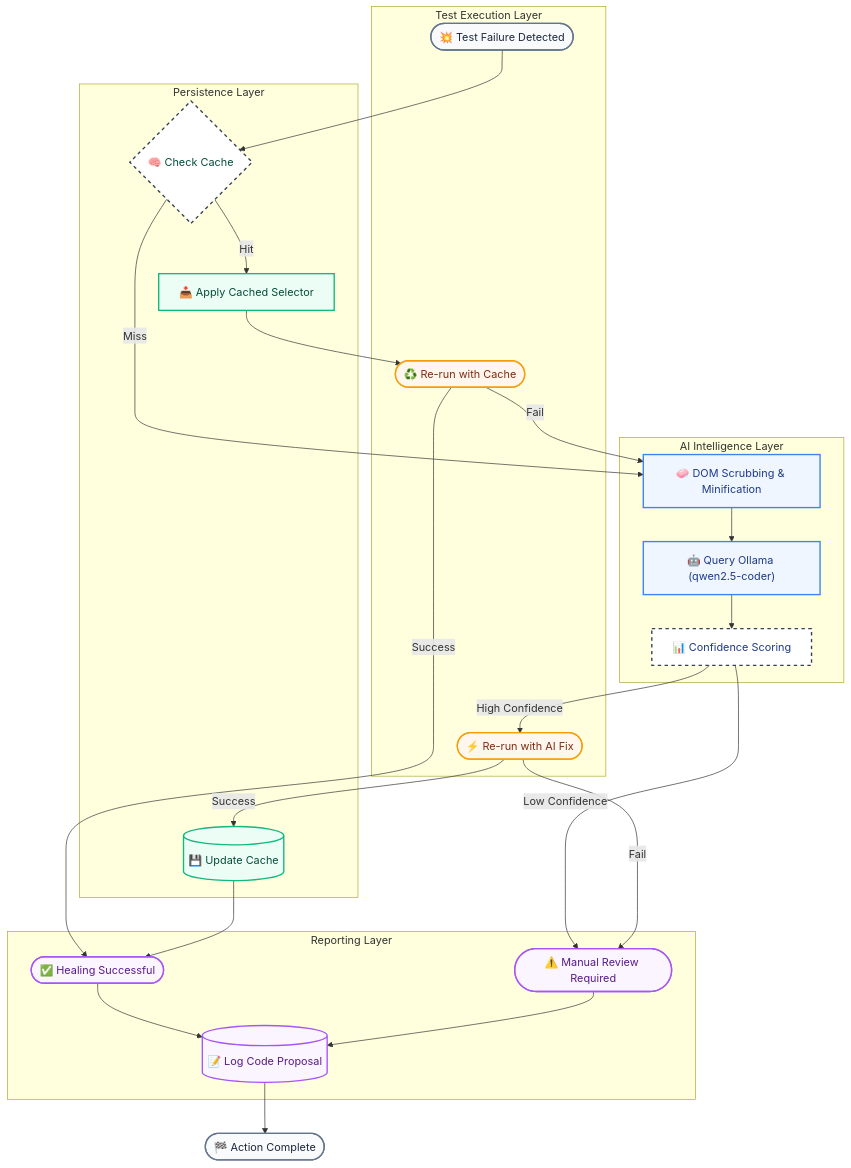
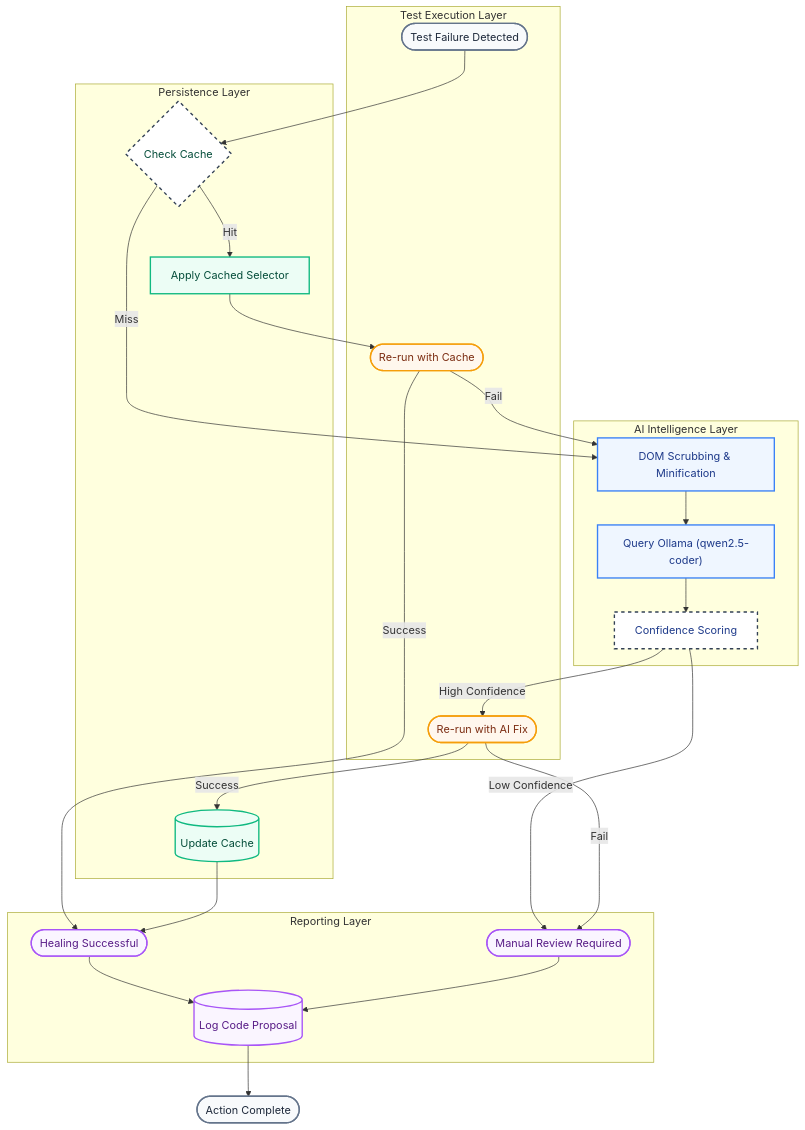
The diagram in README.md (kunaal-ai/healix), drawn with Mermaid before and after one commit. The commit also changed other lines of this file and 2 other files, not shown here.

Commit message:
docs: clean up README, remove emojis, update install instructions - v0.1.2

````diff
--- a/README.md
+++ b/README.md
@@ -25,67 +25,67 @@
 ```mermaid
 flowchart TD
     subgraph Execution["Test Execution Layer"]
-        Start(["💥 Test Failure Detected"])
-        RetryCache(["♻️ Re-run with Cache"])
-        RetryAI(["⚡ Re-run with AI Fix"])
+        Start(["Test Failure Detected"])
+        RetryCache(["Re-run with Cache"])
+        RetryAI(["Re-run with AI Fix"])
     end
 
     subgraph Persistence["Persistence Layer"]
-        CheckCache{"🧠 Check Cache"}
-        ApplyCache["📥 Apply Cached Selector"]
-        UpdateCache[("💾 Update Cache")]
+        CheckCache{"Check Cache"}
+        ApplyCache["Apply Cached Selector"]
+        UpdateCache[("Update Cache")]
     end
 
     subgraph Intelligence["AI Intelligence Layer"]
-        CleanDOM["🧼 DOM Scrubbing & Minification"]
-        AskOllama["🤖 Query Ollama (qwen2.5-coder)"]
-        Analyze["📊 Confidence Scoring"]
+        CleanDOM["DOM Scrubbing & Minification"]
+        AskOllama["Query Ollama (qwen2.5-coder)"]
+        Analyze["Confidence Scoring"]
     end
 
     subgraph Feedback["Reporting Layer"]
-        Success(["✅ Healing Successful"])
-        Manual(["⚠️ Manual Review Required"])
-        Proposal[("📝 Log Code Proposal")]
+        Success(["Healing Successful"])
+        Manual(["Manual Review Required"])
+        Proposal[("Log Code Proposal")]
     end
 
     %% Flow Logic
     Start --> CheckCache
     
     CheckCache -- "Hit" --> ApplyCache
     ApplyCache --> RetryCache
     
     CheckCache -- "Miss" --> CleanDOM
     
     RetryCache -- "Success" --> Success
     RetryCache -- "Fail" --> CleanDOM
     
     CleanDOM --> AskOllama
     AskOllama --> Analyze
     
     Analyze -- "High Confidence" --> RetryAI
     Analyze -- "Low Confidence" --> Manual
     
     RetryAI -- "Success" --> UpdateCache
     UpdateCache --> Success
     
     RetryAI -- "Fail" --> Manual
     
     Success --> Proposal
     Manual --> Proposal
-    Proposal --> End(["🏁 Action Complete"])
+    Proposal --> End(["Action Complete"])
 
     %% Premium Styling
     classDef startEnd fill:#f8fafc,stroke:#64748b,stroke-width:2px,color:#1e293b
     classDef intelligence fill:#eff6ff,stroke:#3b82f6,stroke-width:2px,color:#1e3a8a
     classDef persistence fill:#ecfdf5,stroke:#10b981,stroke-width:2px,color:#064e3b
     classDef execution fill:#fff7ed,stroke:#f59e0b,stroke-width:2px,color:#7c2d12
     classDef feedback fill:#faf5ff,stroke:#a855f7,stroke-width:2px,color:#581c87
     classDef decision fill:#ffffff,stroke:#334155,stroke-width:2px,stroke-dasharray: 5 5
 
     class Start,End startEnd
     class CleanDOM,AskOllama,Analyze intelligence
     class CheckCache,ApplyCache,UpdateCache persistence
     class RetryCache,RetryAI execution
     class Success,Manual,Proposal,GenerateFeedback feedback
     class CheckCache,Analyze decision
 ```
````
